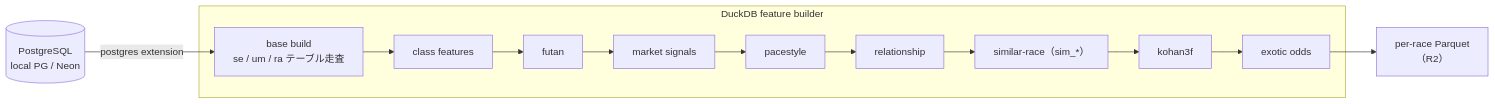
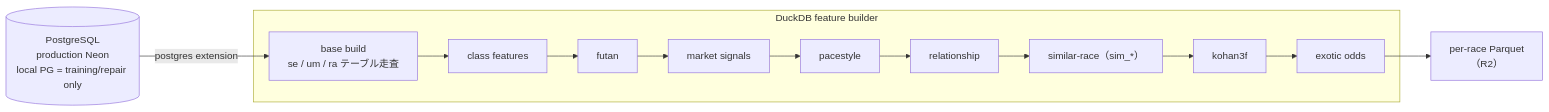
Before and after one commit to kkkaoru/horse-racing-data: the second of 10 diagrams in docs/finish-position-prediction-system.md, drawn with Mermaid. The commit also changed other lines of this file and 23 other files, not shown here.

````diff
--- a/docs/finish-position-prediction-system.md
+++ b/docs/finish-position-prediction-system.md
@@ -182,20 +182,20 @@
 ```mermaid
 flowchart LR
-    PG[("PostgreSQL<br/>local PG / Neon")]
+    PG[("PostgreSQL<br/>production Neon<br/>local PG = training/repair only")]
     subgraph DUCK["DuckDB feature builder"]
         BASE["base build<br/>se / um / ra テーブル走査"]
         L1["class features"]
         L2["futan"]
         L3["market signals"]
         L4["pacestyle"]
         L5["relationship"]
         L6["similar-race（sim_*）"]
         L7["kohan3f"]
         L8["exotic odds"]
         BASE --> L1 --> L2 --> L3 --> L4 --> L5 --> L6 --> L7 --> L8
     end
     PARQUET["per-race Parquet<br/>（R2）"]
 
     PG -->|"postgres extension"| BASE
     L8 --> PARQUET
 ```
````
